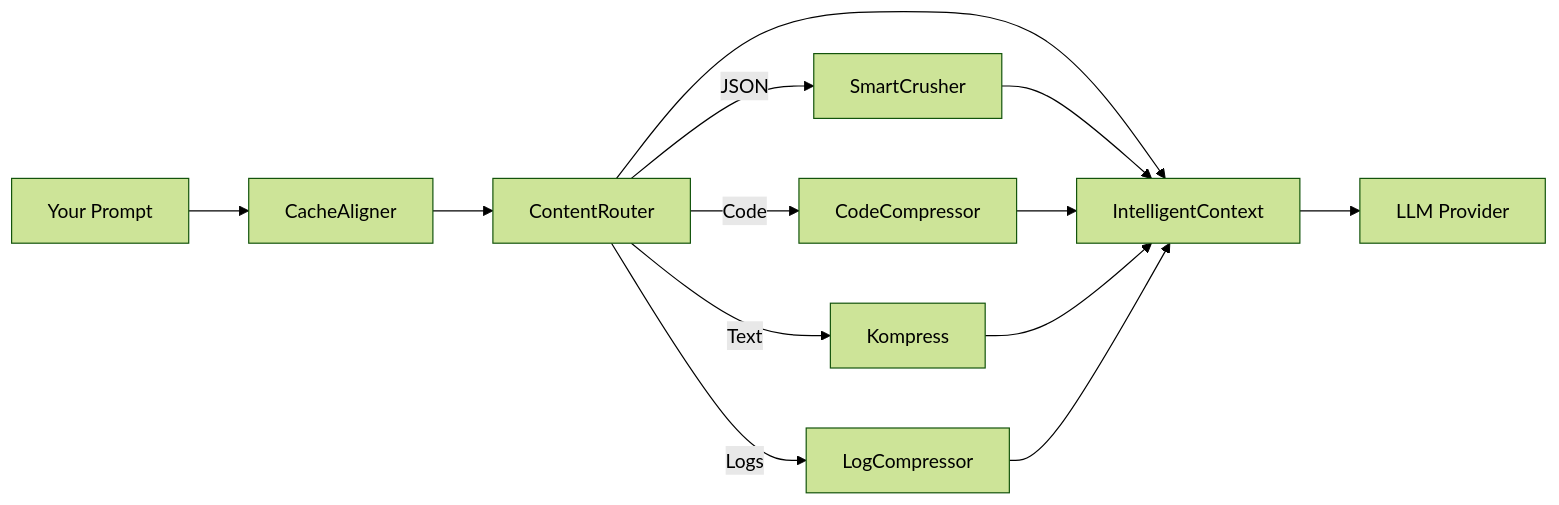
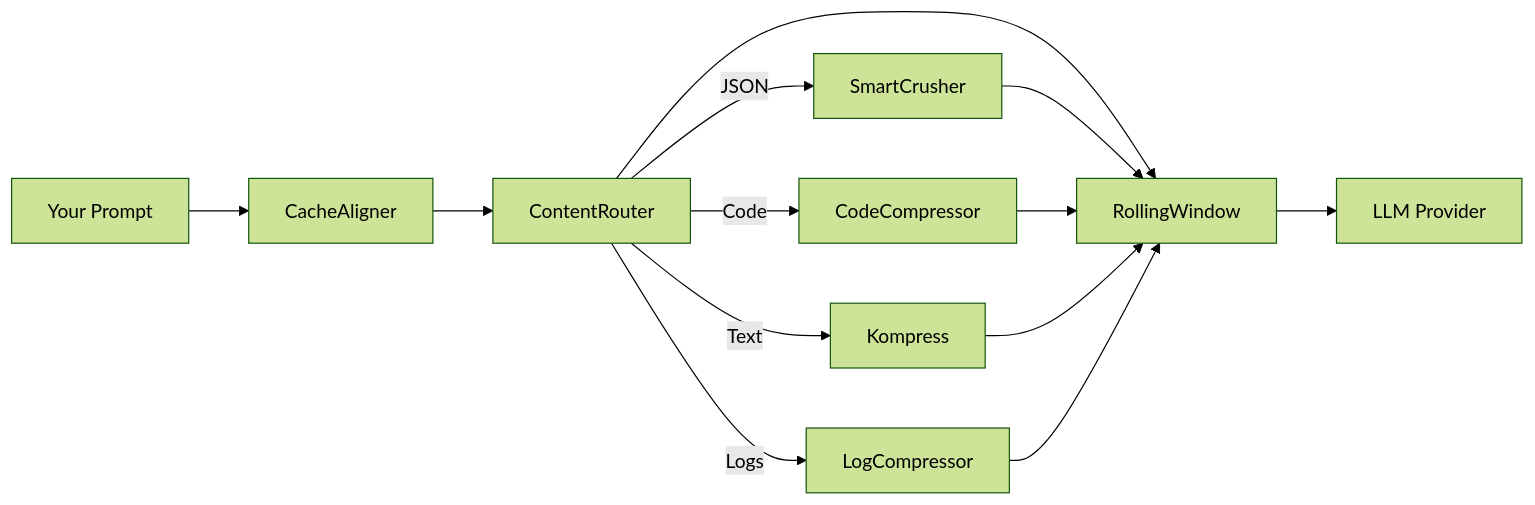
The diagram in wiki/index.md (AryanSingh/headroom), drawn with Mermaid (forest theme) before and after one commit. The commit also changed other lines of this file and 75 other files, not shown here.

````diff
--- a/wiki/index.md
+++ b/wiki/index.md
@@ -241,17 +241,17 @@
 ```mermaid
 graph LR
     A[Your Prompt] --> B[CacheAligner]
     B --> C[ContentRouter]
-    C --> D[IntelligentContext]
+    C --> D[RollingWindow]
     D --> E[LLM Provider]
 
     C -->|JSON| F[SmartCrusher]
     C -->|Code| G[CodeCompressor]
     C -->|Text| H[Kompress]
     C -->|Logs| I[LogCompressor]
 
     F --> D
     G --> D
     H --> D
     I --> D
 ```
````
